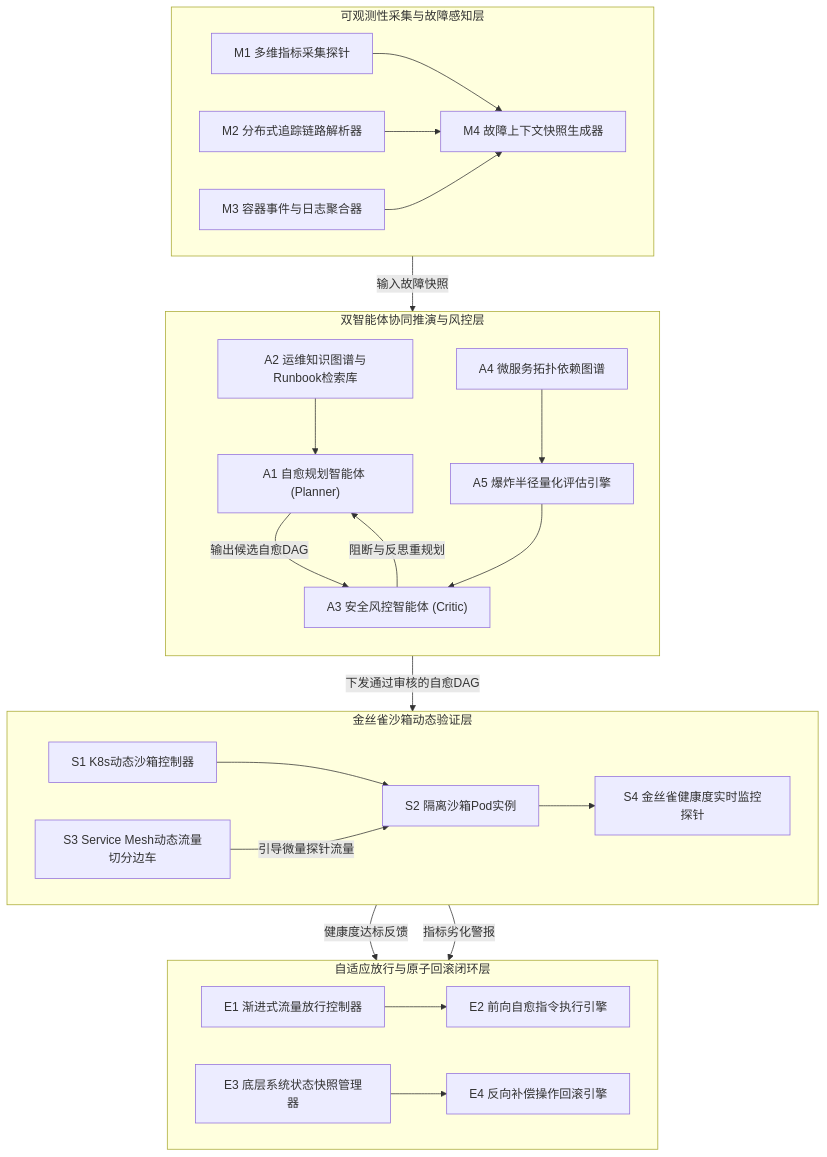
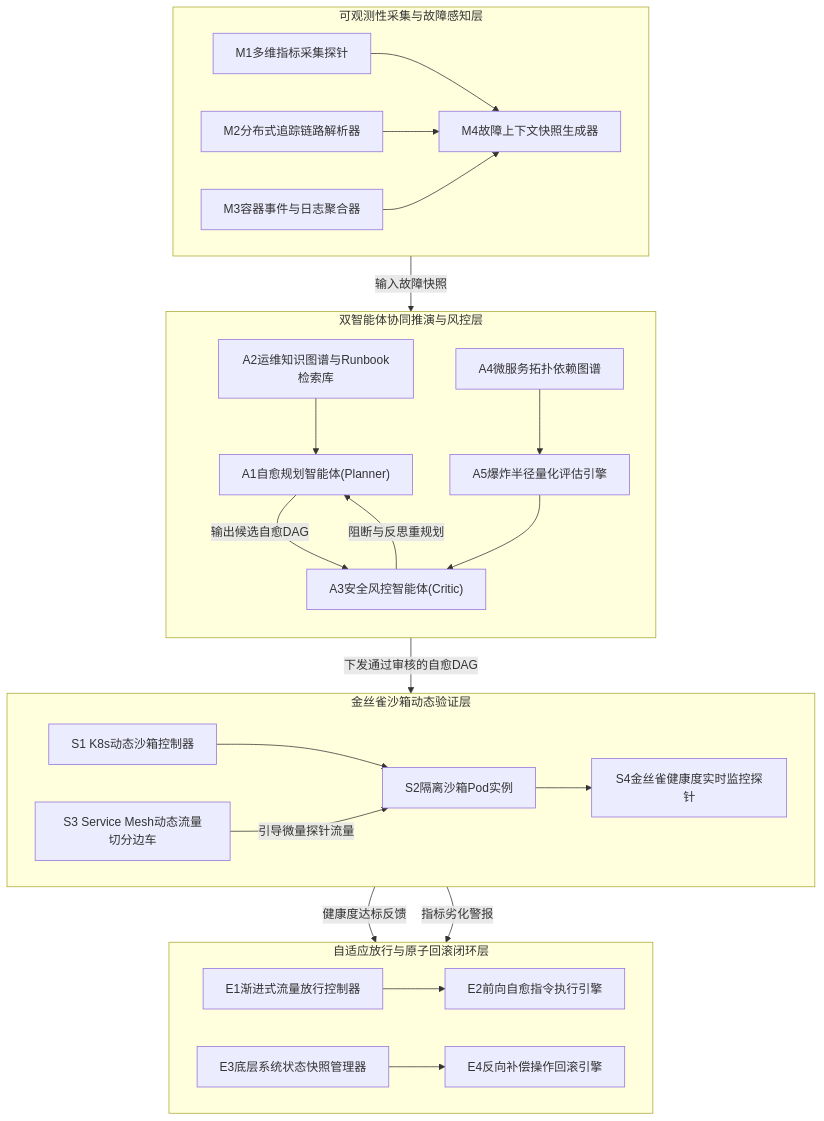
One commit to felix-zoe/patent changed the first of 2 diagrams in outputs/基于双智能体协同与金丝雀沙箱验证的云原生微服务故障自愈方法及系统/一种基于双智能体协同与金丝雀沙箱验证的云原生微服务故障自愈方法及系统.md. Above: the diagram before and after it, drawn with Mermaid. The commit also changed other lines of this file and 1 other file, not shown here.

````diff
--- a/outputs/基于双智能体协同与金丝雀沙箱验证的云原生微服务故障自愈方法及系统/一种基于双智能体协同与金丝雀沙箱验证的云原生微服务故障自愈方法及系统.md
+++ b/outputs/基于双智能体协同与金丝雀沙箱验证的云原生微服务故障自愈方法及系统/一种基于双智能体协同与金丝雀沙箱验证的云原生微服务故障自愈方法及系统.md
@@ -67,53 +67,53 @@
 ```mermaid
 flowchart TB
   subgraph OBS["可观测性采集与故障感知层"]
     direction LR
-    M1["M1 多维指标采集探针"]
-    M2["M2 分布式追踪链路解析器"]
-    M3["M3 容器事件与日志聚合器"]
-    M4["M4 故障上下文快照生成器"]
+    M1["M1多维指标采集探针"]
+    M2["M2分布式追踪链路解析器"]
+    M3["M3容器事件与日志聚合器"]
+    M4["M4故障上下文快照生成器"]
     M1 --> M4
     M2 --> M4
     M3 --> M4
   end
 
   subgraph AGENT["双智能体协同推演与风控层"]
     direction TB
-    A1["A1 自愈规划智能体 (Planner)"]
-    A2["A2 运维知识图谱与Runbook检索库"]
-    A3["A3 安全风控智能体 (Critic)"]
-    A4["A4 微服务拓扑依赖图谱"]
-    A5["A5 爆炸半径量化评估引擎"]
+    A1["A1自愈规划智能体(Planner)"]
+    A2["A2运维知识图谱与Runbook检索库"]
+    A3["A3安全风控智能体(Critic)"]
+    A4["A4微服务拓扑依赖图谱"]
+    A5["A5爆炸半径量化评估引擎"]
     A2 --> A1
     A1 --"输出候选自愈DAG"--> A3
     A4 --> A5
     A5 --> A3
     A3 --"阻断与反思重规划"--> A1
   end
 
   subgraph SANDBOX["金丝雀沙箱动态验证层"]
     direction LR
     S1["S1 K8s动态沙箱控制器"]
-    S2["S2 隔离沙箱Pod实例"]
+    S2["S2隔离沙箱Pod实例"]
     S3["S3 Service Mesh动态流量切分边车"]
-    S4["S4 金丝雀健康度实时监控探针"]
+    S4["S4金丝雀健康度实时监控探针"]
     S1 --> S2
     S3 --"引导微量探针流量"--> S2
     S2 --> S4
   end
 
   subgraph EXEC["自适应放行与原子回滚闭环层"]
     direction LR
-    E1["E1 渐进式流量放行控制器"]
-    E2["E2 前向自愈指令执行引擎"]
-    E3["E3 底层系统状态快照管理器"]
-    E4["E4 反向补偿操作回滚引擎"]
+    E1["E1渐进式流量放行控制器"]
+    E2["E2前向自愈指令执行引擎"]
+    E3["E3底层系统状态快照管理器"]
+    E4["E4反向补偿操作回滚引擎"]
     E1 --> E2
     E3 --> E4
   end
 
   OBS --"输入故障快照"--> AGENT
   AGENT --"下发通过审核的自愈DAG"--> SANDBOX
   SANDBOX --"健康度达标反馈"--> EXEC
   SANDBOX --"指标劣化警报"--> E4
 ```
````
